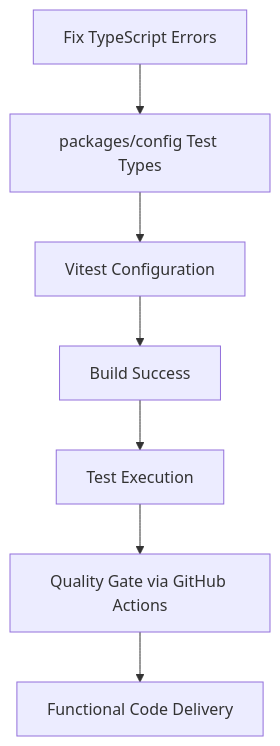
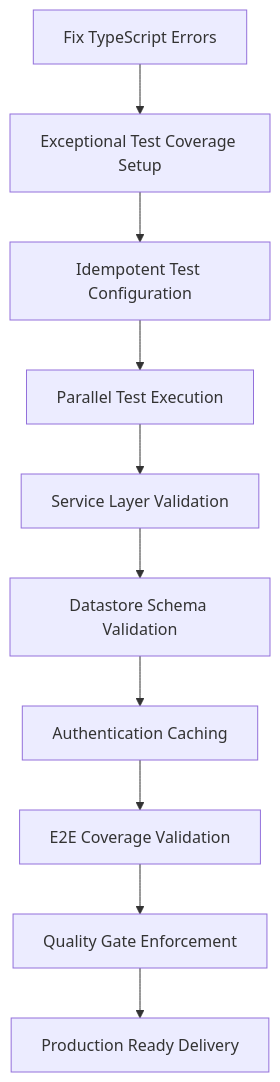
Before and after one commit to EtherealVisions/c9d-ai: the first of 3 diagrams in .kiro/specs/production-delivery-readiness/design.md, drawn with Mermaid. The commit also changed other lines of this file and 365 other files, not shown here.

Commit message:
feat: Production Delivery Readiness, Task 2.1, 2.2, 2.3

````diff
--- a/.kiro/specs/production-delivery-readiness/design.md
+++ b/.kiro/specs/production-delivery-readiness/design.md
@@ -11,9 +11,12 @@
 ```mermaid
 graph TD
-    A[Fix TypeScript Errors] --> B[packages/config Test Types]
-    B --> C[Vitest Configuration]
-    C --> D[Build Success]
-    D --> E[Test Execution]
-    E --> F[Quality Gate via GitHub Actions]
-    F --> G[Functional Code Delivery]
+    A[Fix TypeScript Errors] --> B[Exceptional Test Coverage Setup]
+    B --> C[Idempotent Test Configuration]
+    C --> D[Parallel Test Execution]
+    D --> E[Service Layer Validation]
+    E --> F[Datastore Schema Validation]
+    F --> G[Authentication Caching]
+    G --> H[E2E Coverage Validation]
+    H --> I[Quality Gate Enforcement]
+    I --> J[Production Ready Delivery]
 ```
````
